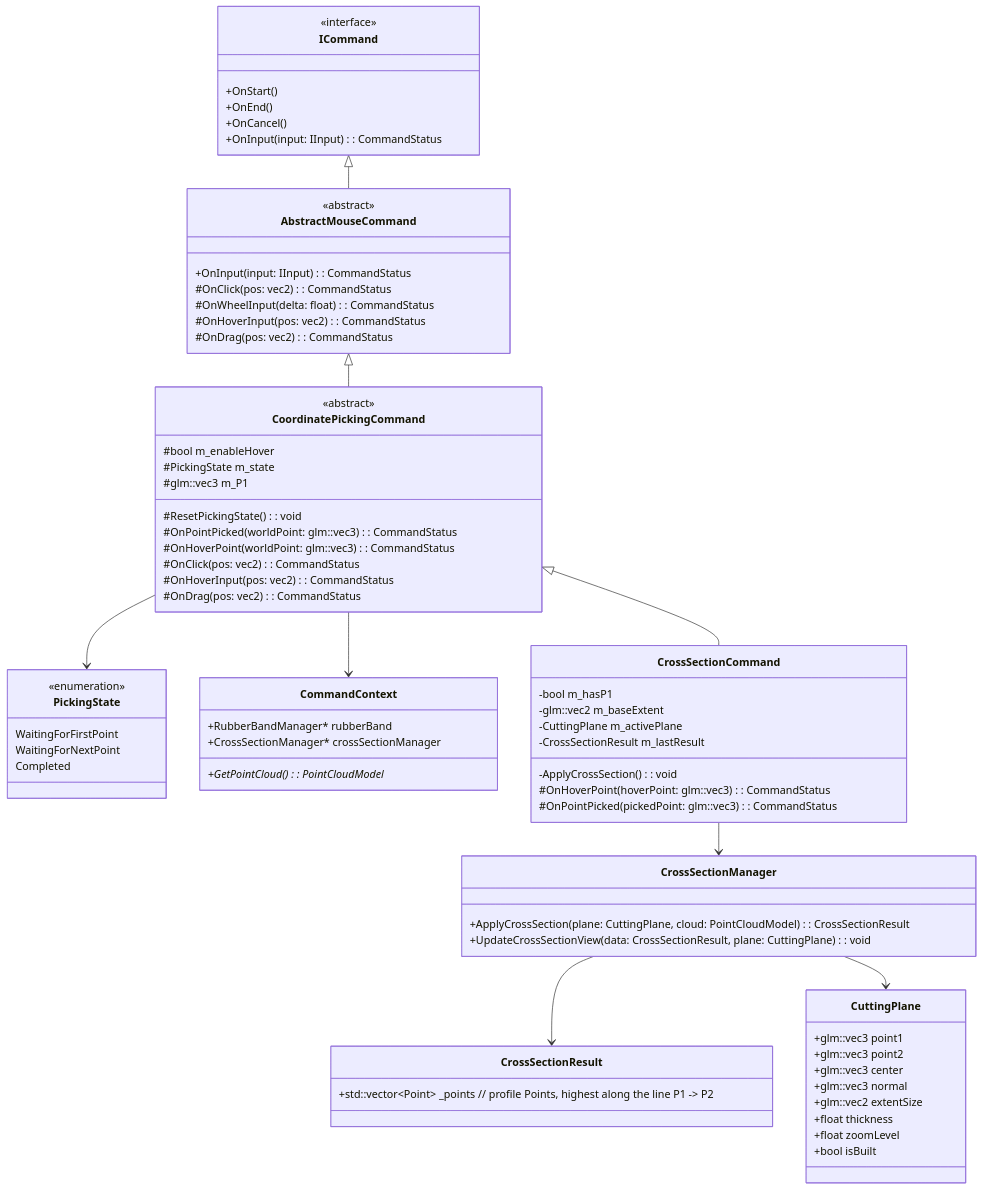
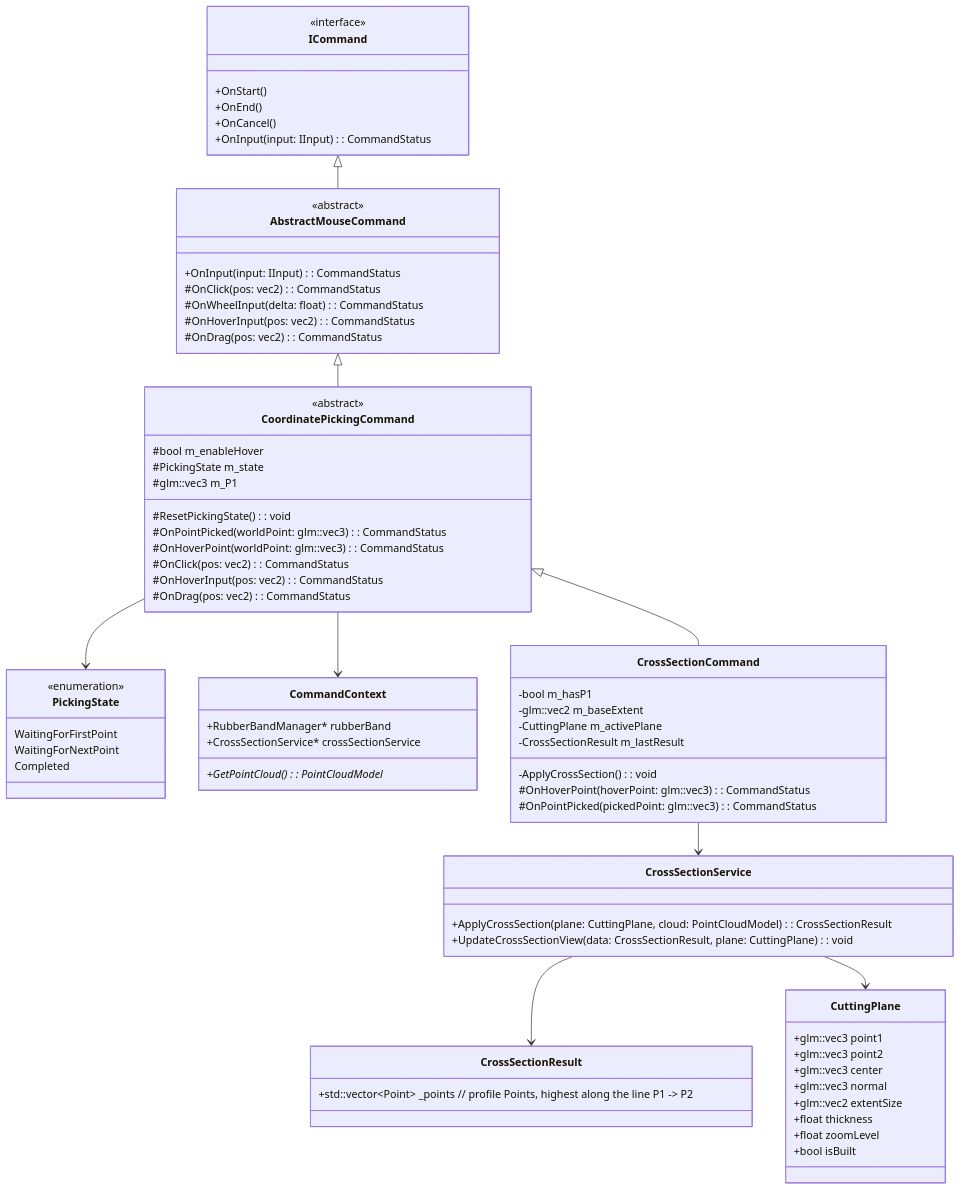
The diagram in NewCrossSection.md (vfa-khaidt1/vfa-cdn), drawn with Mermaid before and after one commit. The commit also changed other lines of this file, not shown here.

````diff
--- a/NewCrossSection.md
+++ b/NewCrossSection.md
@@ -70,14 +99,14 @@
         +std::vector~Point~ _points // profile Points, highest along the line P1 -> P2
     }
 
-    class CrossSectionManager {
+    class CrossSectionService {
         +ApplyCrossSection(plane: CuttingPlane, cloud: PointCloudModel): CrossSectionResult
         +UpdateCrossSectionView(data: CrossSectionResult, plane: CuttingPlane): void
     }
 
     class CommandContext {
         +RubberBandManager* rubberBand
-        +CrossSectionManager* crossSectionManager
+        +CrossSectionService* crossSectionService
         +GetPointCloud(): PointCloudModel*
     }
 
@@ -93,8 +122,8 @@
 
     CoordinatePickingCommand <|-- CrossSectionCommand
     CoordinatePickingCommand --> CommandContext
-    CrossSectionCommand --> CrossSectionManager
-    CrossSectionManager --> CrossSectionResult
-    CrossSectionManager --> CuttingPlane
+    CrossSectionCommand --> CrossSectionService
+    CrossSectionService --> CrossSectionResult
+    CrossSectionService --> CuttingPlane
 
 ```
````
